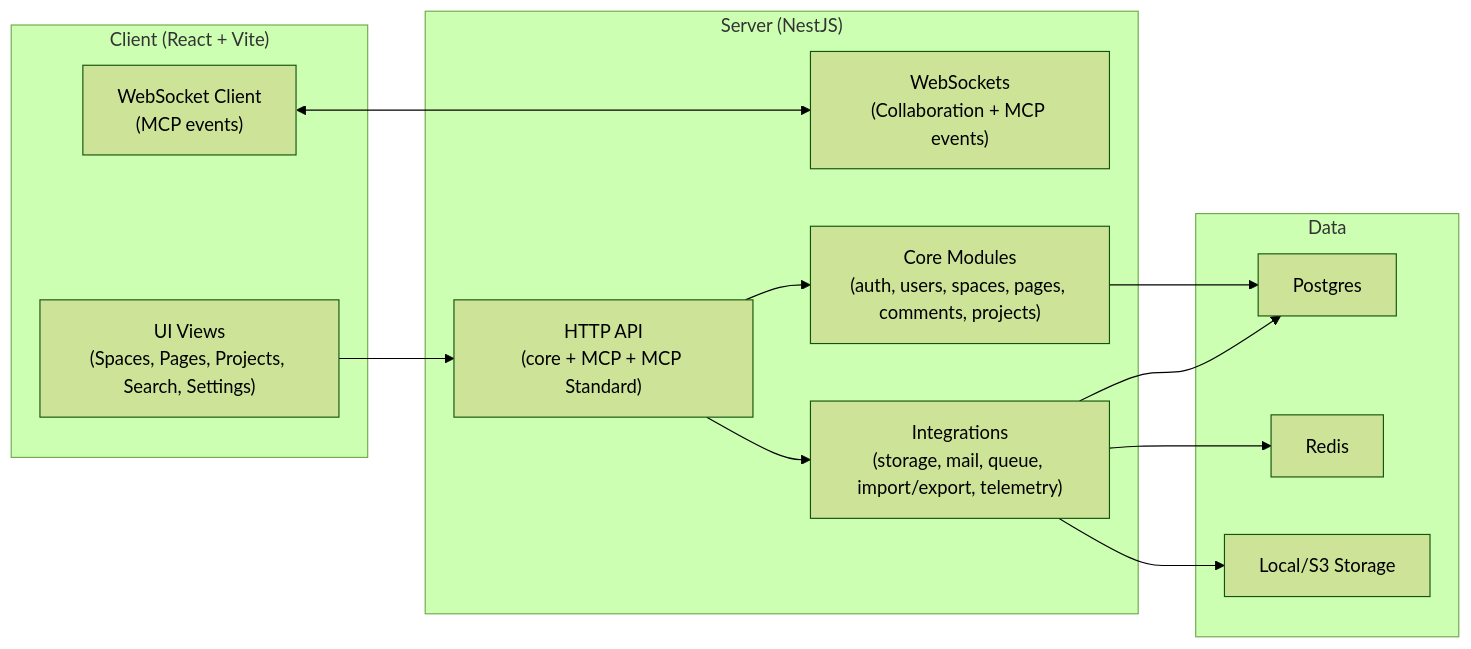
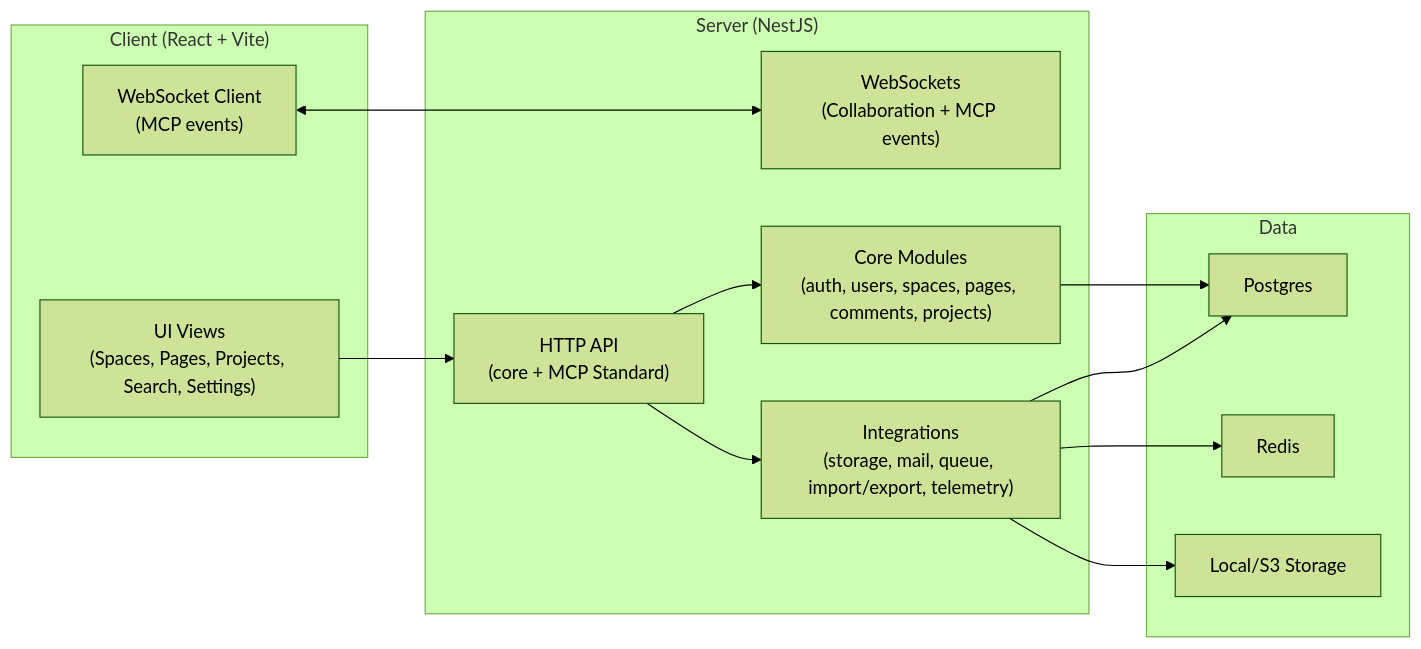
One commit to HaruHunab1320/docmost-mcp changed the first of 2 diagrams in docs/ArchitectureOverview.md. Above: the diagram before and after it, drawn with Mermaid (forest theme). The commit also changed other lines of this file and 56 other files, not shown here.

Commit message:
json rpc api full coverage, mcp server also full coverage

````diff
--- a/docs/ArchitectureOverview.md
+++ b/docs/ArchitectureOverview.md
@@ -15,29 +15,29 @@
 ```mermaid
 flowchart LR
   subgraph Client["Client (React + Vite)"]
     UI["UI Views\n(Spaces, Pages, Projects, Search, Settings)"]
     WS["WebSocket Client\n(MCP events)"]
   end
 
   subgraph Server["Server (NestJS)"]
-    API["HTTP API\n(core + MCP + MCP Standard)"]
+    API["HTTP API\n(core + MCP Standard)"]
     RT["WebSockets\n(Collaboration + MCP events)"]
     CORE["Core Modules\n(auth, users, spaces, pages, comments, projects)"]
     INTEG["Integrations\n(storage, mail, queue, import/export, telemetry)"]
   end
 
   subgraph Data["Data"]
     DB["Postgres"]
     REDIS["Redis"]
     FS["Local/S3 Storage"]
   end
 
   UI --> API
   WS <---> RT
   API --> CORE
   API --> INTEG
   CORE --> DB
   INTEG --> DB
   INTEG --> REDIS
   INTEG --> FS
 ```
````
